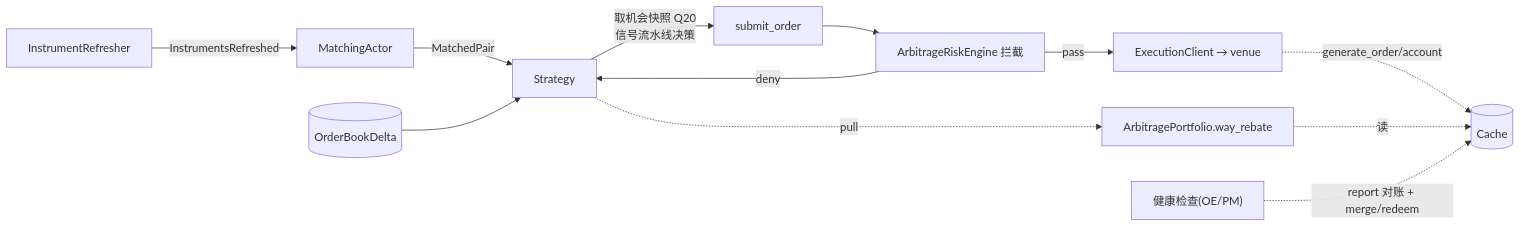
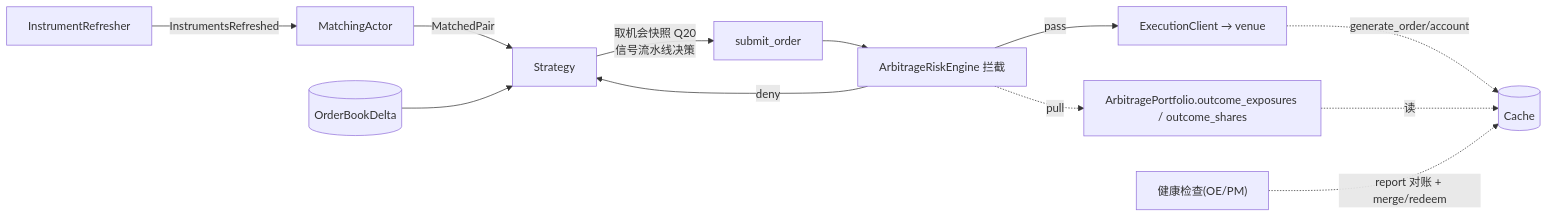
Before and after one commit to psnewer/nautilus_trader: the second of 2 diagrams in docs/arbitrage/architecture.md, drawn with Mermaid. The commit also changed other lines of this file and 29 other files, not shown here.

````diff
--- a/docs/arbitrage/architecture.md
+++ b/docs/arbitrage/architecture.md
@@ -49,14 +49,14 @@
 ```mermaid
 flowchart LR
   RF[InstrumentRefresher] -->|InstrumentsRefreshed| MA[MatchingActor]
   MA -->|MatchedPair| ST[Strategy]
   DATA[(OrderBookDelta)] --> ST
   ST -->|取机会快照 Q20<br/>信号流水线决策| SUB[submit_order]
   SUB --> RE[ArbitrageRiskEngine 拦截]
   RE -->|pass| EC[ExecutionClient → venue]
   RE -->|deny| ST
   EC -.generate_order/account.-> CA[(Cache)]
-  ST -.pull.-> PF["ArbitragePortfolio.way_rebate"]
+  RE -.pull.-> PF["ArbitragePortfolio.outcome_exposures / outcome_shares"]
   PF -.读.-> CA
   HC["健康检查(OE/PM)"] -.report 对账 + merge/redeem.-> CA
 ```
````
